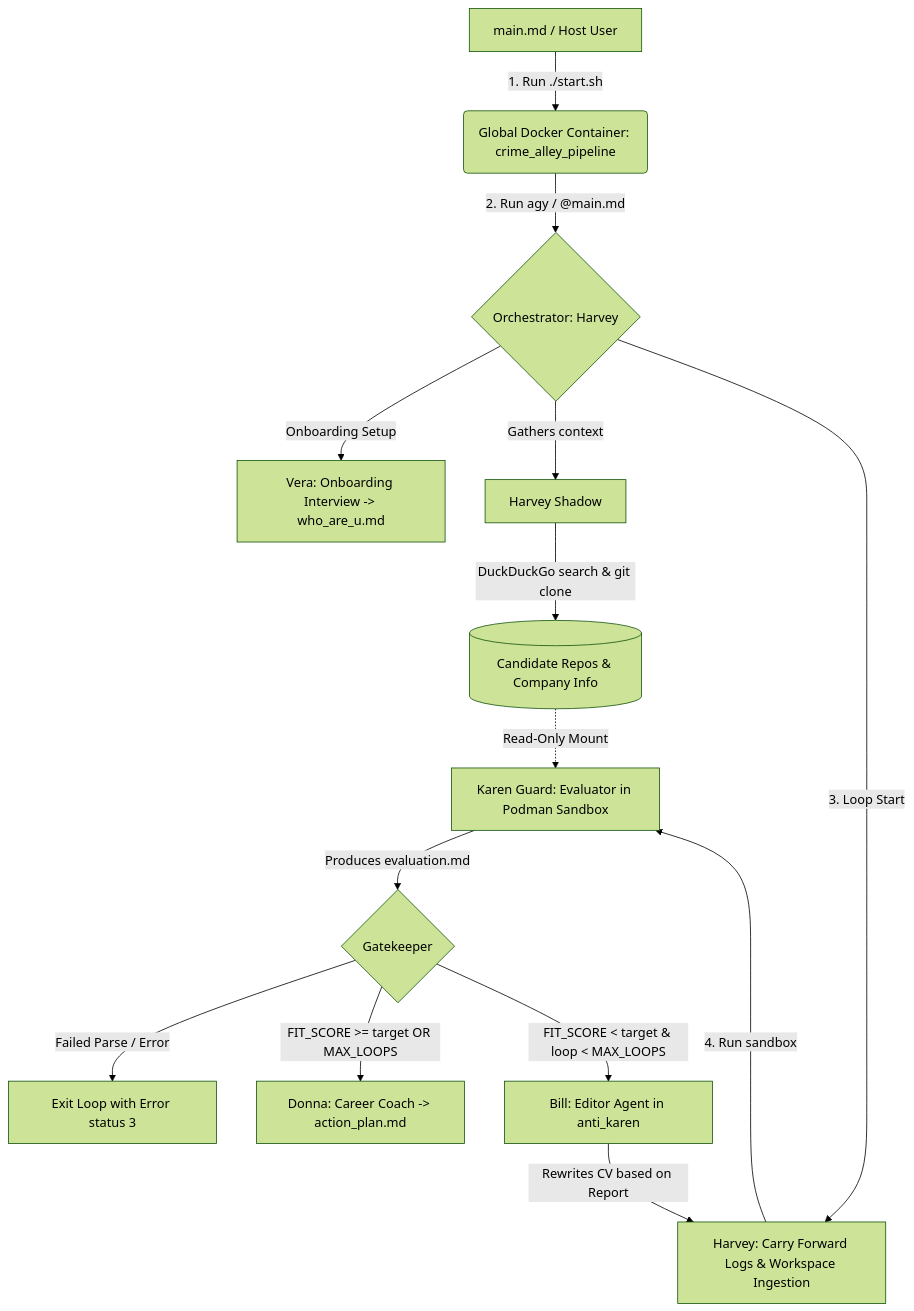
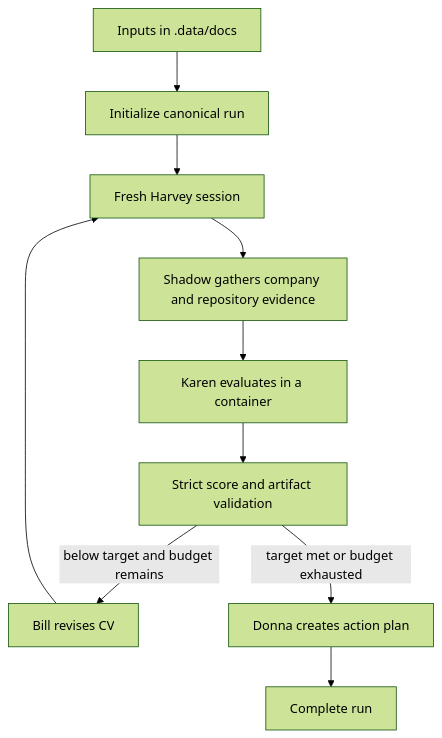
Before and after one commit to al4xdev/crime_alley_cv: the diagram in README.md, drawn with Mermaid (forest theme). The commit also changed other lines of this file and 73 other files, not shown here.

````diff
--- a/README.md
+++ b/README.md
@@ -19,16 +21,12 @@
 ```mermaid
-graph TD
-    A[main.md / Host User] -->|1. Run ./start.sh| B(Global Docker Container: crime_alley_pipeline)
-    B -->|2. Run agy / @main.md| C{Orchestrator: Harvey}
-    C -->|Onboarding Setup| D[Vera: Onboarding Interview -> who_are_u.md]
-    C -->|Gathers context| E[Harvey Shadow]
-    E -->|DuckDuckGo search & git clone| F[(Candidate Repos & Company Info)]
-    C -->|3. Loop Start| G[Harvey: Carry Forward Logs & Workspace Ingestion]
-    G -->|4. Run sandbox| H[Karen Guard: Evaluator in Podman Sandbox]
-    F -.->|Read-Only Mount| H
-    H -->|Produces evaluation.md| I{Gatekeeper}
-    I -->|Failed Parse / Error| J[Exit Loop with Error status 3]
-    I -->|FIT_SCORE >= target OR MAX_LOOPS| K[Donna: Career Coach -> action_plan.md]
-    I -->|FIT_SCORE < target & loop < MAX_LOOPS| L[Bill: Editor Agent in anti_karen]
-    L -->|Rewrites CV based on Report| G
+flowchart TD
+    A[Inputs in .data/docs] --> B[Initialize canonical run]
+    B --> C[Fresh Harvey session]
+    C --> D[Shadow gathers company and repository evidence]
+    D --> E[Karen evaluates in a container]
+    E --> F[Strict score and artifact validation]
+    F -->|below target and budget remains| G[Bill revises CV]
+    G --> C
+    F -->|target met or budget exhausted| H[Donna creates action plan]
+    H --> I[Complete run]
 ```
````
